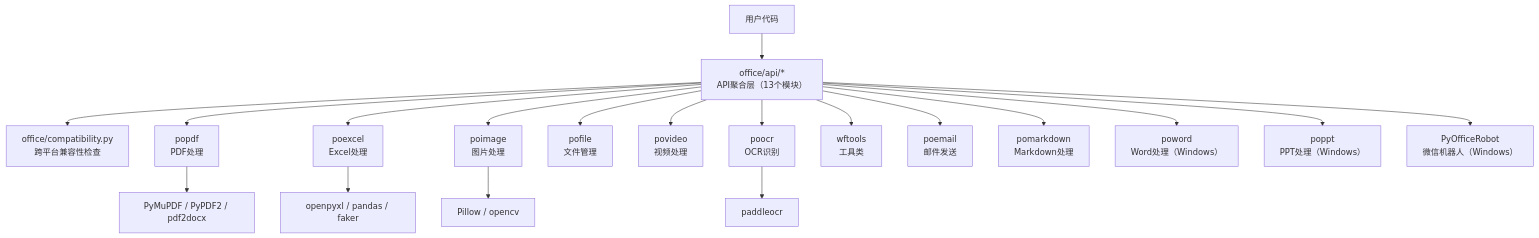
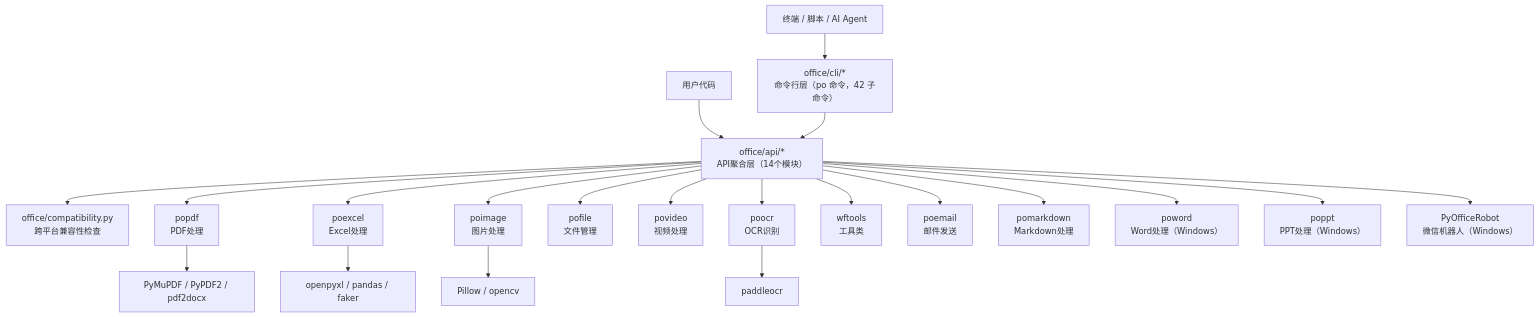
The second of 6 diagrams in wiki/zh/content/开发者指南/代码结构说明.md (CoderWanFeng/python-office), drawn with Mermaid before and after one commit. The commit also changed other lines of this file and 3 other files, not shown here.

````diff
--- a/wiki/zh/content/开发者指南/代码结构说明.md
+++ b/wiki/zh/content/开发者指南/代码结构说明.md
@@ -135,21 +137,23 @@
 ```mermaid
 graph TB
-USER["用户代码"] --> API["office/api/*<br/>API聚合层（13个模块）"]
+USER["用户代码"] --> API["office/api/*<br/>API聚合层（14个模块）"]
+TERMINAL["终端 / 脚本 / AI Agent"] --> CLI["office/cli/*<br/>命令行层（po 命令，42 子命令）"]
+CLI --> API
 API --> COMPAT["office/compatibility.py<br/>跨平台兼容性检查"]
 API --> SUB1["popdf<br/>PDF处理"]
 API --> SUB2["poexcel<br/>Excel处理"]
 API --> SUB3["poimage<br/>图片处理"]
 API --> SUB4["pofile<br/>文件管理"]
 API --> SUB5["povideo<br/>视频处理"]
 API --> SUB6["poocr<br/>OCR识别"]
 API --> SUB7["wftools<br/>工具类"]
 API --> SUB8["poemail<br/>邮件发送"]
 API --> SUB9["pomarkdown<br/>Markdown处理"]
 API --> SUBW1["poword<br/>Word处理（Windows）"]
 API --> SUBW2["poppt<br/>PPT处理（Windows）"]
 API --> SUBW3["PyOfficeRobot<br/>微信机器人（Windows）"]
 SUB1 --> THIRD1["PyMuPDF / PyPDF2 / pdf2docx"]
 SUB2 --> THIRD2["openpyxl / pandas / faker"]
 SUB3 --> THIRD3["Pillow / opencv"]
 SUB6 --> THIRD6["paddleocr"]
 ```
````
